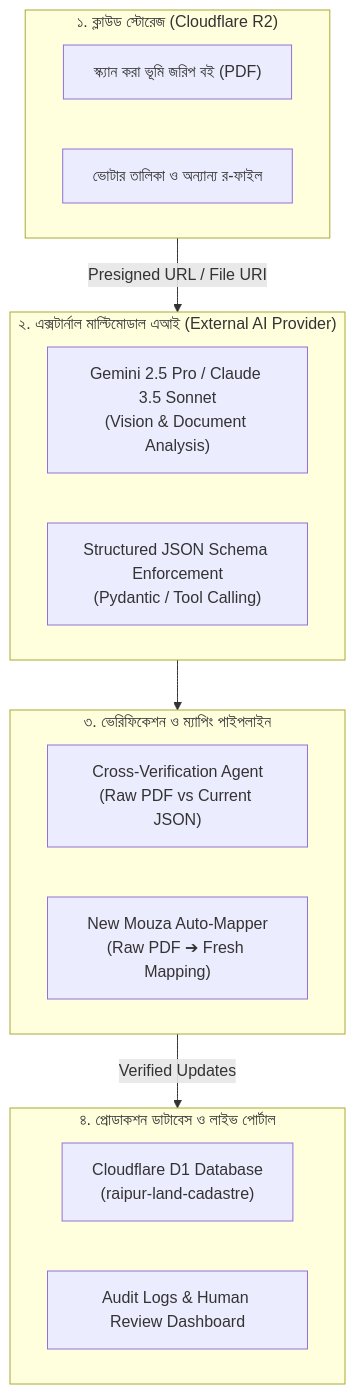
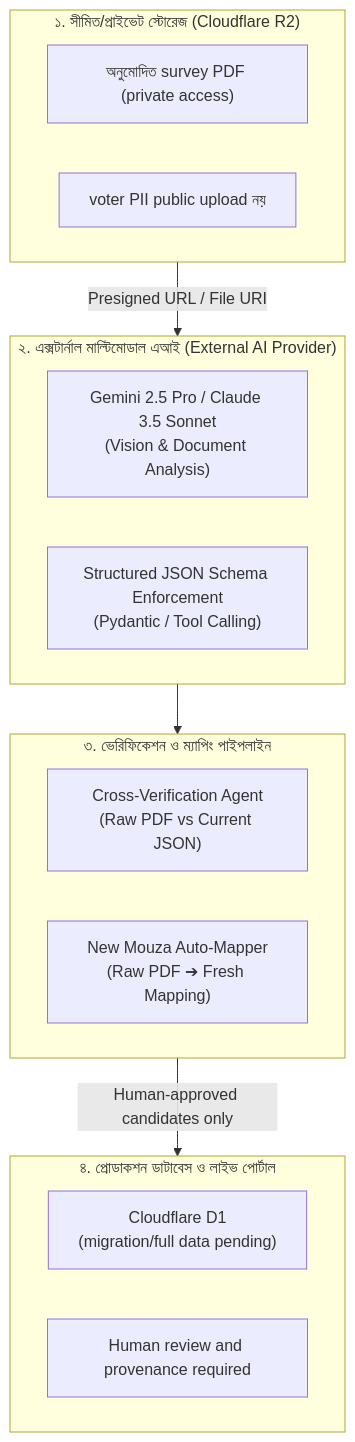
The diagram in AI_CADASTRAL_MAPPING_ARCHITECTURE.md (Supremeai-bd/Land-bd), drawn with Mermaid before and after one commit. The commit also changed other lines of this file and 19 other files, not shown here.

Commit message:
fix: resolve data audit issues, harden backend security, and rebuild local sqlite pipeline (#6)

````diff
--- a/AI_CADASTRAL_MAPPING_ARCHITECTURE.md
+++ b/AI_CADASTRAL_MAPPING_ARCHITECTURE.md
@@ -19,26 +21,26 @@
 ```mermaid
 flowchart TD
-    subgraph Storage["১. ক্লাউড স্টোরেজ (Cloudflare R2)"]
-        R1["স্ক্যান করা ভূমি জরিপ বই (PDF)"]
-        R2["ভোটার তালিকা ও অন্যান্য র-ফাইল"]
+    subgraph Storage["১. সীমিত/প্রাইভেট স্টোরেজ (Cloudflare R2)"]
+        R1["অনুমোদিত survey PDF (private access)"]
+        R2["voter PII public upload নয়"]
     end
 
     subgraph AIEngine["২. এক্সটার্নাল মাল্টিমোডাল এআই (External AI Provider)"]
         V1["Gemini 2.5 Pro / Claude 3.5 Sonnet<br/>(Vision & Document Analysis)"]
         V2["Structured JSON Schema Enforcement<br/>(Pydantic / Tool Calling)"]
     end
 
     subgraph Verification["৩. ভেরিফিকেশন ও ম্যাপিং পাইপলাইন"]
         C1["Cross-Verification Agent<br/>(Raw PDF vs Current JSON)"]
         C2["New Mouza Auto-Mapper<br/>(Raw PDF ➔ Fresh Mapping)"]
     end
 
     subgraph Production["৪. প্রোডাকশন ডাটাবেস ও লাইভ পোর্টাল"]
-        D1["Cloudflare D1 Database<br/>(raipur-land-cadastre)"]
-        D2["Audit Logs & Human Review Dashboard"]
+        D1["Cloudflare D1<br/>(migration/full data pending)"]
+        D2["Human review and provenance required"]
     end
 
     Storage -->|Presigned URL / File URI| AIEngine
     AIEngine --> Verification
-    Verification -->|Verified Updates| Production
+    Verification -->|Human-approved candidates only| Production
 ```
````
